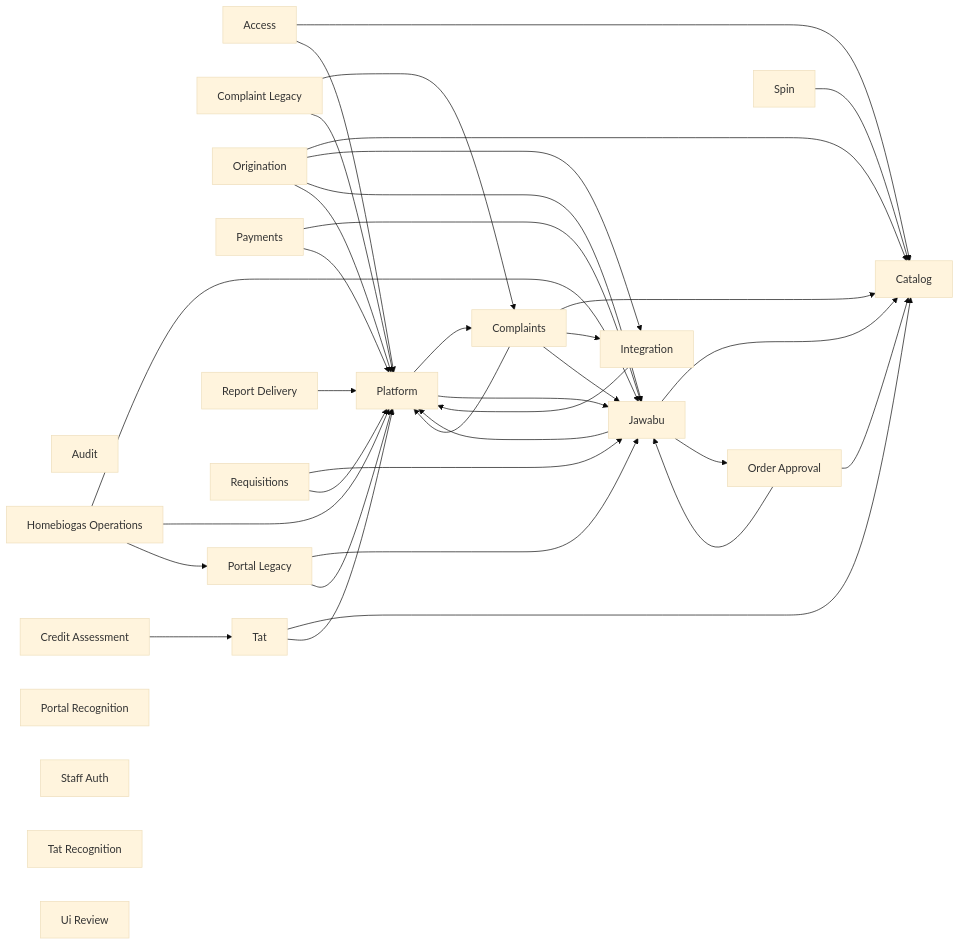
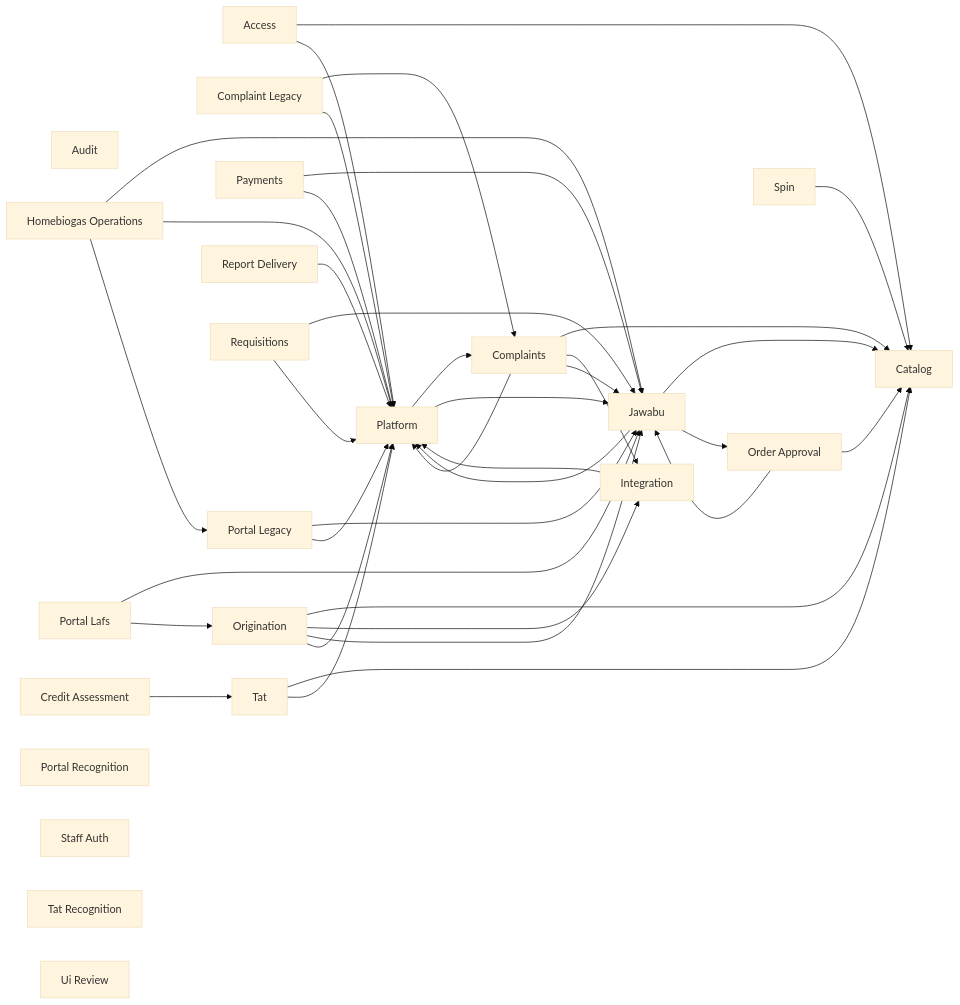
The diagram in docs/database/overview.mmd (bedanavrvm/HB-Biogas-Telegram-Bot), drawn with Mermaid (base theme) before and after one commit. The commit also changed 57 other files, not shown here.

```diff
--- a/docs/database/overview.mmd
+++ b/docs/database/overview.mmd
@@ -1,57 +1,60 @@
 flowchart LR
   access["Access"]
   audit["Audit"]
   catalog["Catalog"]
   complaint_legacy["Complaint Legacy"]
   complaints["Complaints"]
   credit_assessment["Credit Assessment"]
   homebiogas_operations["Homebiogas Operations"]
   integration["Integration"]
   jawabu["Jawabu"]
   order_approval["Order Approval"]
   origination["Origination"]
   payments["Payments"]
   platform["Platform"]
+  portal_lafs["Portal Lafs"]
   portal_legacy["Portal Legacy"]
   portal_recognition["Portal Recognition"]
   report_delivery["Report Delivery"]
   requisitions["Requisitions"]
   spin["Spin"]
   staff_auth["Staff Auth"]
   tat["Tat"]
   tat_recognition["Tat Recognition"]
   ui_review["Ui Review"]
   access --> catalog
   access --> platform
   complaint_legacy --> complaints
   complaint_legacy --> platform
   complaints --> catalog
   complaints --> integration
   complaints --> jawabu
   complaints --> platform
   credit_assessment --> tat
   homebiogas_operations --> jawabu
   homebiogas_operations --> platform
   homebiogas_operations --> portal_legacy
   integration --> platform
   jawabu --> catalog
   jawabu --> order_approval
   jawabu --> platform
   order_approval --> catalog
   order_approval --> jawabu
   origination --> catalog
   origination --> integration
   origination --> jawabu
   origination --> platform
   payments --> jawabu
   payments --> platform
   platform --> complaints
   platform --> jawabu
+  portal_lafs --> jawabu
+  portal_lafs --> origination
   portal_legacy --> jawabu
   portal_legacy --> platform
   report_delivery --> platform
   requisitions --> jawabu
   requisitions --> platform
   spin --> catalog
   tat --> catalog
   tat --> platform
```
